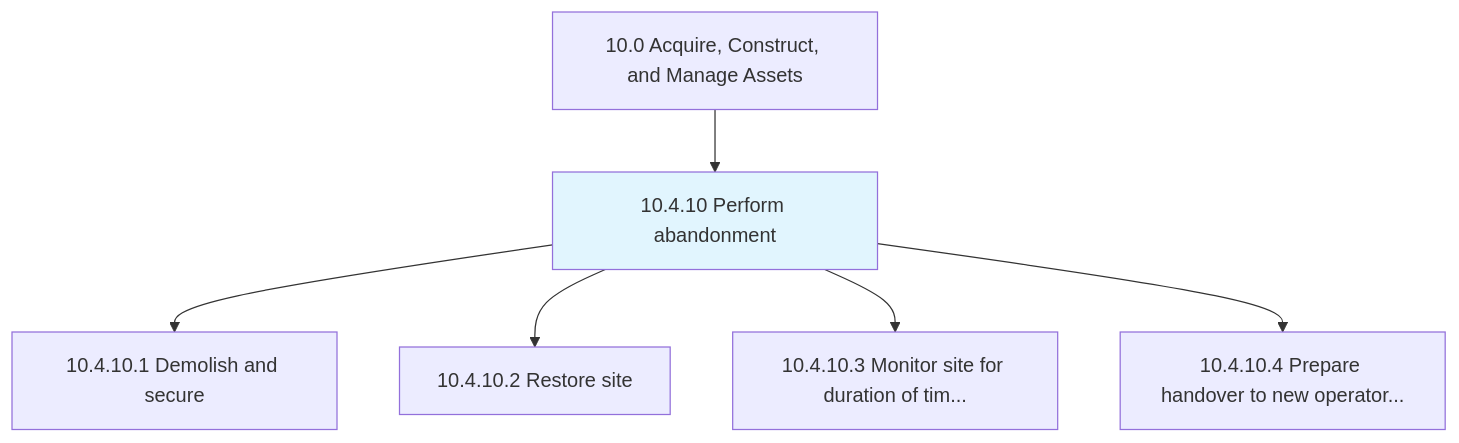
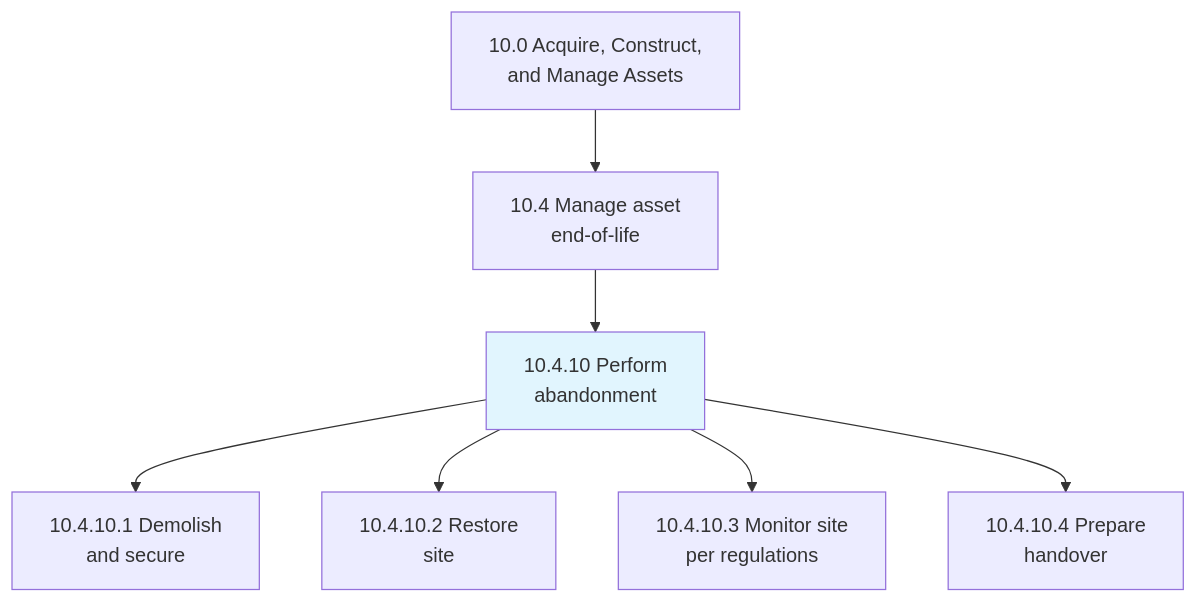
Before and after one commit to kziemski/business.org.ai: the first of 3 diagrams in processes/10-Assets/10.4.10-PerformAbandonment/index.mdx, drawn with Mermaid. The commit also changed other lines of this file and 885 other files, not shown here.

````diff
--- a/processes/10-Assets/10.4.10-PerformAbandonment/index.mdx
+++ b/processes/10-Assets/10.4.10-PerformAbandonment/index.mdx
@@ -25,10 +25,12 @@
 ```mermaid
 graph TD
-    C10["10.0 Acquire, Construct, and Manage Assets"]
-    C10 --> N10_4_10["10.4.10 Perform abandonment"]
-    style N10_4_10 fill:#e1f5fe
-    N10_4_10 --> N10_4_10_1["10.4.10.1 Demolish and secure"]
-    N10_4_10 --> N10_4_10_2["10.4.10.2 Restore site"]
-    N10_4_10 --> N10_4_10_3["10.4.10.3 Monitor site for duration of tim..."]
-    N10_4_10 --> N10_4_10_4["10.4.10.4 Prepare handover to new operator..."]
+    C10["10.0 Acquire, Construct,<br/>and Manage Assets"] --> G104["10.4 Manage asset<br/>end-of-life"]
+    G104 --> P10410["10.4.10 Perform<br/>abandonment"]
+
+    P10410 --> A10410_1["10.4.10.1 Demolish<br/>and secure"]
+    P10410 --> A10410_2["10.4.10.2 Restore<br/>site"]
+    P10410 --> A10410_3["10.4.10.3 Monitor site<br/>per regulations"]
+    P10410 --> A10410_4["10.4.10.4 Prepare<br/>handover"]
+
+    style P10410 fill:#e1f5fe
 ```
````
